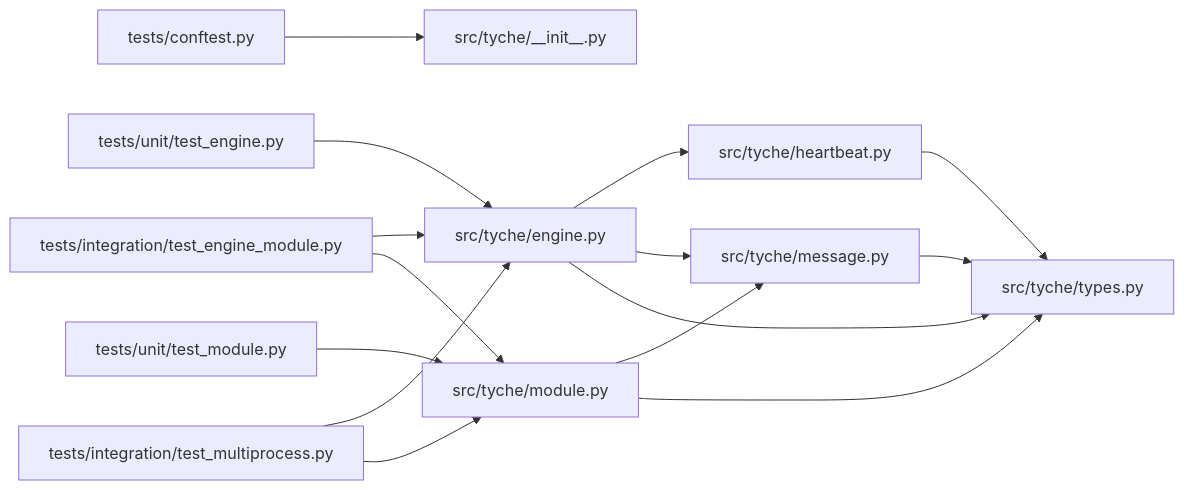
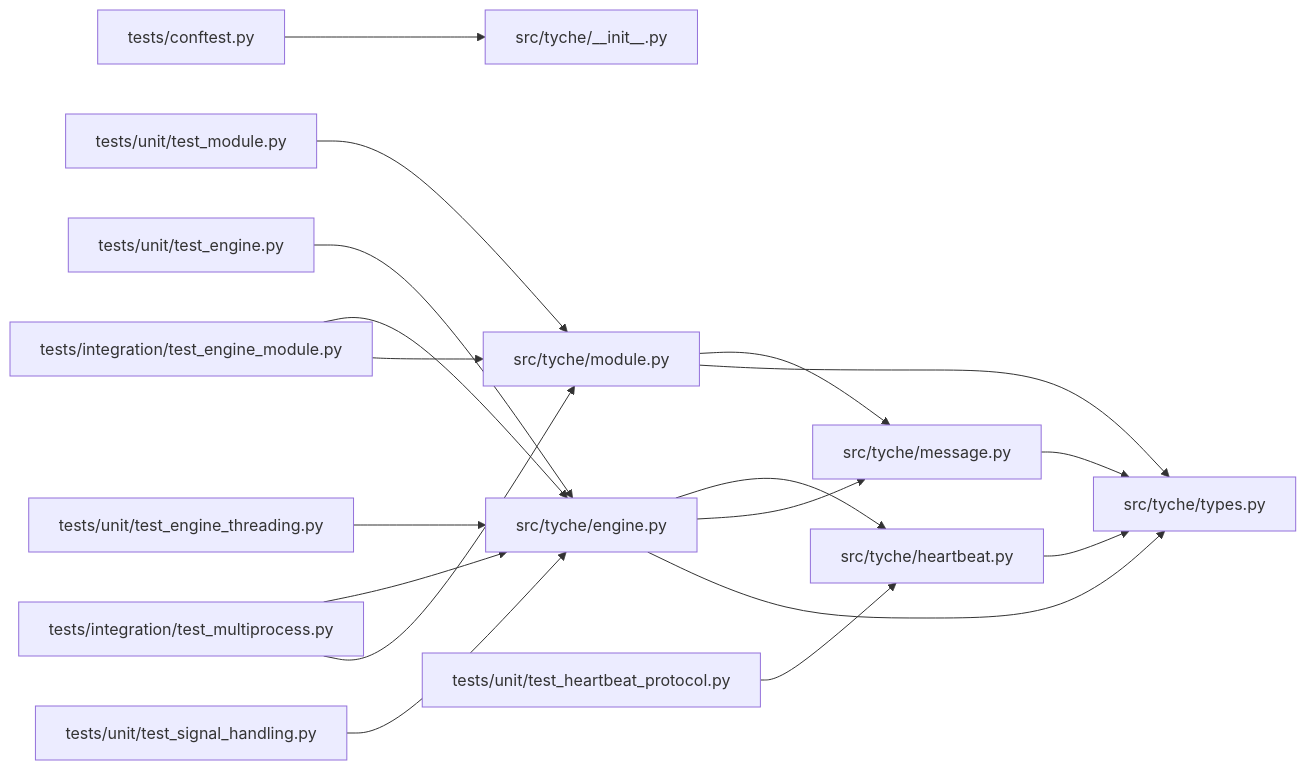
The third of 4 diagrams in .qoder/repowiki/en/content/Testing and Development.md (zt281/TycheEngine), drawn with Mermaid before and after one commit. The commit also changed other lines of this file and 5 other files, not shown here.

````diff
--- a/.qoder/repowiki/en/content/Testing and Development.md
+++ b/.qoder/repowiki/en/content/Testing and Development.md
@@ -326,17 +389,20 @@
 ```mermaid
 graph LR
 T["tests/conftest.py"] --> I["src/tyche/__init__.py"]
 U1["tests/unit/test_engine.py"] --> E["src/tyche/engine.py"]
 U2["tests/unit/test_module.py"] --> M["src/tyche/module.py"]
+U3["tests/unit/test_engine_threading.py"] --> E
+U4["tests/unit/test_signal_handling.py"] --> E
+U5["tests/unit/test_heartbeat_protocol.py"] --> HB["src/tyche/heartbeat.py"]
 I1["tests/integration/test_engine_module.py"] --> E
 I1 --> M
 I2["tests/integration/test_multiprocess.py"] --> E
 I2 --> M
-E --> HB["src/tyche/heartbeat.py"]
+E --> HB
 E --> MSG["src/tyche/message.py"]
 E --> TP["src/tyche/types.py"]
 M --> MSG
 M --> TP
 MSG --> TP
 HB --> TP
 ```
````
